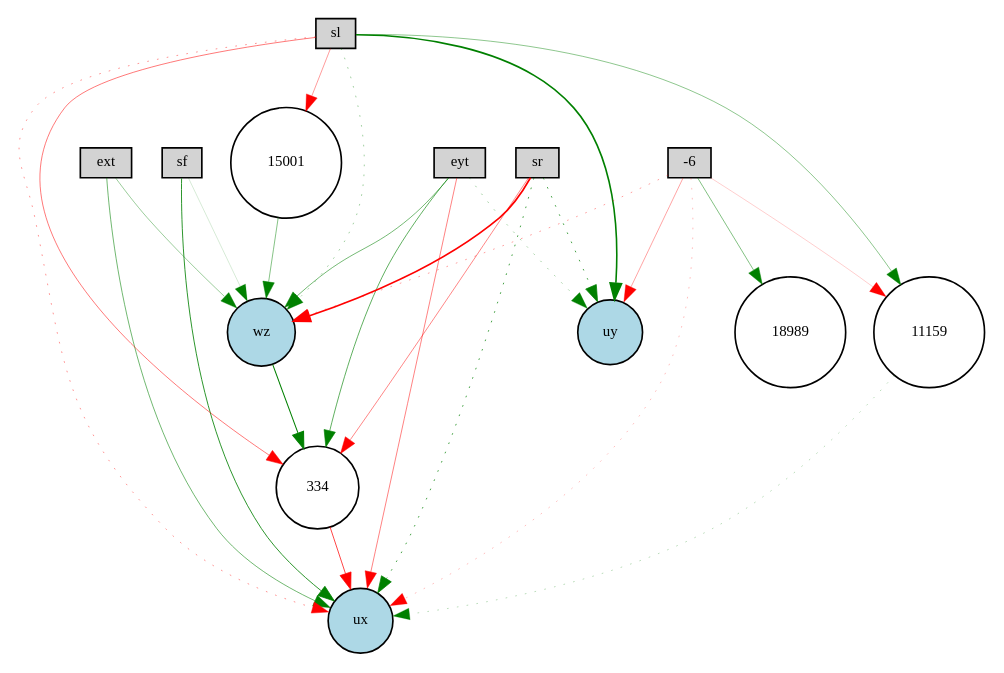
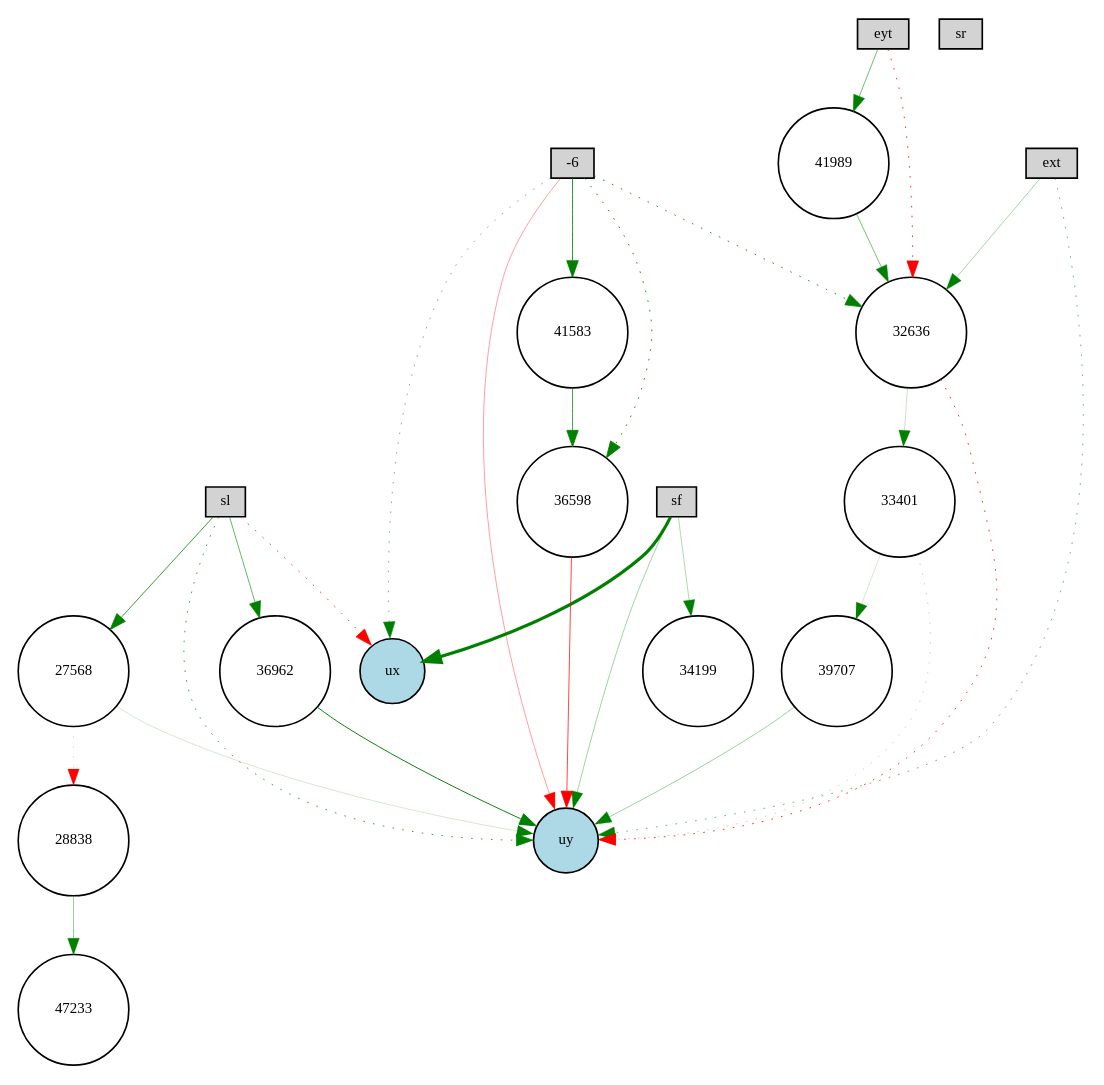
One commit to KaiL4eK/autopilot_simulator changed the diagram in pictures_ff/winner-feedforward.gv. Above: the diagram before and after it, drawn with Graphviz. The commit also changed 22 other files, not shown here.

```diff
--- a/pictures_ff/winner-feedforward.gv
+++ b/pictures_ff/winner-feedforward.gv
@@ -1,43 +1,50 @@
 digraph {
 	node [fontsize=9 height=0.2 shape=circle width=0.2]
 	ext [fillcolor=lightgray shape=box style=filled]
 	eyt [fillcolor=lightgray shape=box style=filled]
 	sf [fillcolor=lightgray shape=box style=filled]
 	sl [fillcolor=lightgray shape=box style=filled]
 	sr [fillcolor=lightgray shape=box style=filled]
 	-6 [fillcolor=lightgray shape=box style=filled]
 	ux [fillcolor=lightblue style=filled]
 	uy [fillcolor=lightblue style=filled]
-	wz [fillcolor=lightblue style=filled]
-	18989 [fillcolor=white style=filled]
-	334 [fillcolor=white style=filled]
-	11159 [fillcolor=white style=filled]
-	15001 [fillcolor=white style=filled]
-	sr -> ux [color=green penwidth=0.4402021999870195 style=dotted]
-	11159 -> ux [color=green penwidth=0.17480904097211847 style=dotted]
-	ext -> wz [color=green penwidth=0.23900137551456396 style=solid]
-	ext -> ux [color=green penwidth=0.3443340158729258 style=solid]
-	sr -> 334 [color=red penwidth=0.29239643180974584 style=solid]
-	sl -> 11159 [color=green penwidth=0.26736552740419195 style=solid]
-	eyt -> wz [color=green penwidth=0.3328007445047366 style=solid]
-	sl -> wz [color=green penwidth=0.22734327544143404 style=dotted]
-	334 -> ux [color=red penwidth=0.43684043126163496 style=solid]
-	sl -> ux [color=red penwidth=0.25924295814331727 style=dotted]
-	-6 -> 18989 [color=green penwidth=0.2967800159484826 style=solid]
-	wz -> 334 [color=green penwidth=0.6401219534015401 style=solid]
-	sl -> 15001 [color=red penwidth=0.2384541579233746 style=solid]
-	eyt -> ux [color=red penwidth=0.3047300593496938 style=solid]
-	eyt -> uy [color=green penwidth=0.23233089656838 style=dotted]
-	sr -> uy [color=green penwidth=0.4366138364807154 style=dotted]
-	-6 -> uy [color=red penwidth=0.21523687563739113 style=solid]
-	eyt -> 334 [color=green penwidth=0.37726660190401584 style=solid]
-	-6 -> 11159 [color=red penwidth=0.12102759410361497 style=solid]
-	-6 -> ux [color=red penwidth=0.15841049507177388 style=dotted]
-	sf -> ux [color=green penwidth=0.49999887689491507 style=solid]
-	-6 -> wz [color=red penwidth=0.22697248460872416 style=dotted]
-	sf -> wz [color=green penwidth=0.10220398020158174 style=solid]
-	sl -> 334 [color=red penwidth=0.3182732588320786 style=solid]
-	15001 -> wz [color=green penwidth=0.28598725032388894 style=solid]
-	sl -> uy [color=green penwidth=0.9647309892731878 style=solid]
-	sr -> wz [color=red penwidth=0.9840537086505275 style=solid]
+	36962 [fillcolor=white style=filled]
+	47233 [fillcolor=white style=filled]
+	41989 [fillcolor=white style=filled]
+	28838 [fillcolor=white style=filled]
+	41583 [fillcolor=white style=filled]
+	27568 [fillcolor=white style=filled]
+	36598 [fillcolor=white style=filled]
+	34199 [fillcolor=white style=filled]
+	33401 [fillcolor=white style=filled]
+	39707 [fillcolor=white style=filled]
+	32636 [fillcolor=white style=filled]
+	27568 -> 28838 [color=red penwidth=0.11646822406086292 style=dotted]
+	41583 -> 36598 [color=green penwidth=0.4342254883824799 style=solid]
+	39707 -> uy [color=green penwidth=0.22868279035476588 style=solid]
+	-6 -> uy [color=red penwidth=0.2304654631950279 style=solid]
+	sl -> 27568 [color=green penwidth=0.472774029843394 style=solid]
+	28838 -> 47233 [color=green penwidth=0.23979076801682295 style=solid]
+	-6 -> 32636 [color=green penwidth=0.49924321379022585 style=dotted]
+	27568 -> uy [color=green penwidth=0.10621836695006191 style=solid]
+	sf -> uy [color=green penwidth=0.21920428930650188 style=solid]
+	36962 -> uy [color=green penwidth=0.5840343848419789 style=solid]
+	eyt -> 41989 [color=green penwidth=0.33045458599188393 style=solid]
+	sl -> ux [color=red penwidth=0.45566478188441484 style=dotted]
+	36598 -> uy [color=red penwidth=0.43643781859409014 style=solid]
+	-6 -> 41583 [color=green penwidth=0.4942879895582908 style=solid]
+	ext -> uy [color=green penwidth=0.352061468242751 style=dotted]
+	ext -> 32636 [color=green penwidth=0.20907056623502984 style=solid]
+	-6 -> ux [color=green penwidth=0.32032341633653966 style=dotted]
+	-6 -> 36598 [color=green penwidth=0.5331654296731136 style=dotted]
+	sf -> ux [color=green penwidth=1.9203585841159858 style=solid]
+	eyt -> 32636 [color=red penwidth=0.47641191728681753 style=dotted]
+	33401 -> 39707 [color=green penwidth=0.10904640604263564 style=solid]
+	sl -> uy [color=green penwidth=0.4378321894965922 style=dotted]
+	33401 -> uy [color=green penwidth=0.15769258537880104 style=dotted]
+	sl -> 36962 [color=green penwidth=0.3578812130348087 style=solid]
+	32636 -> uy [color=red penwidth=0.49027991177895114 style=dotted]
+	41989 -> 32636 [color=green penwidth=0.3067120535388552 style=solid]
+	32636 -> 33401 [color=green penwidth=0.14340991716926563 style=solid]
+	sf -> 34199 [color=green penwidth=0.18769441783277319 style=solid]
 }
```
